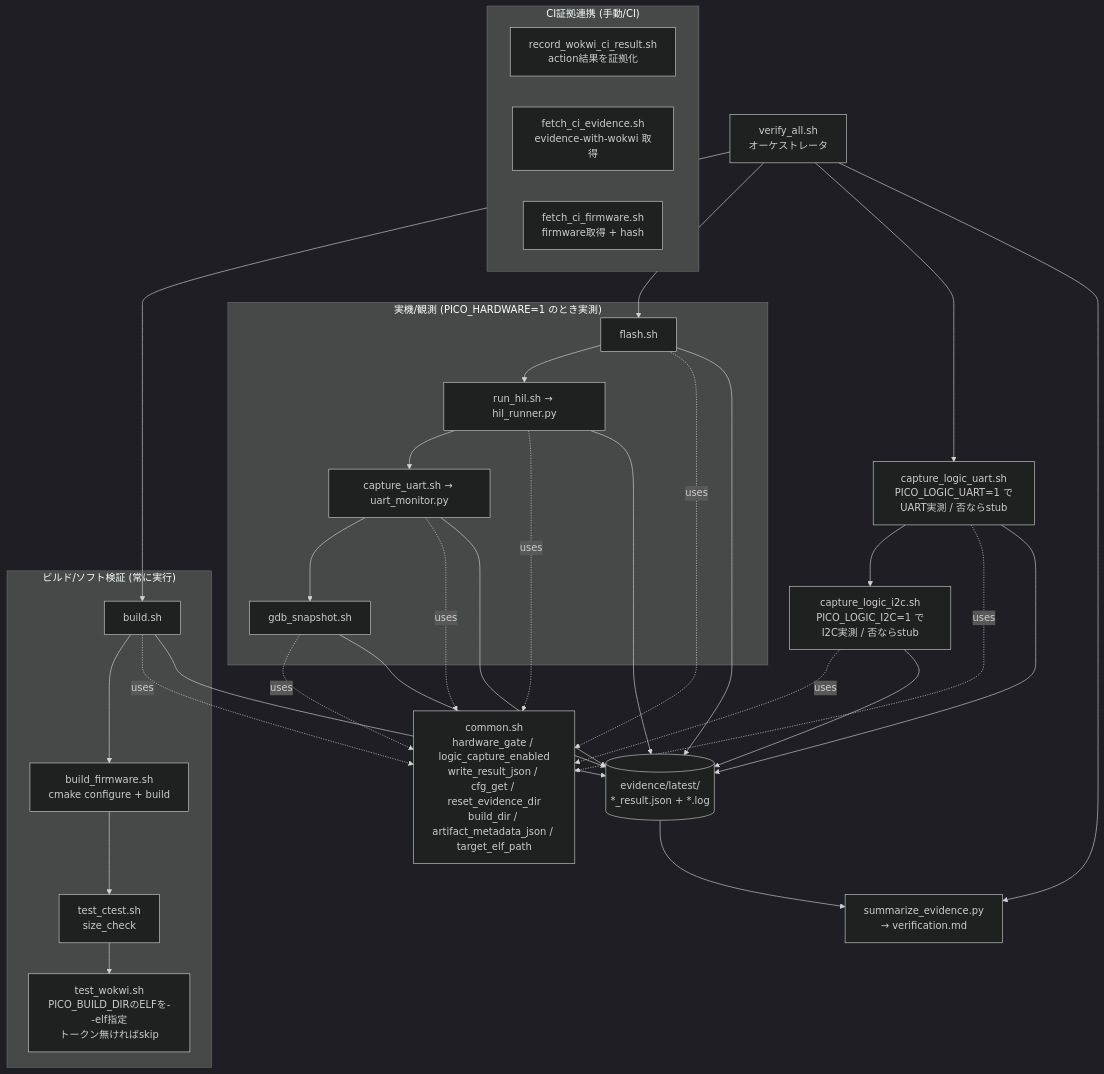
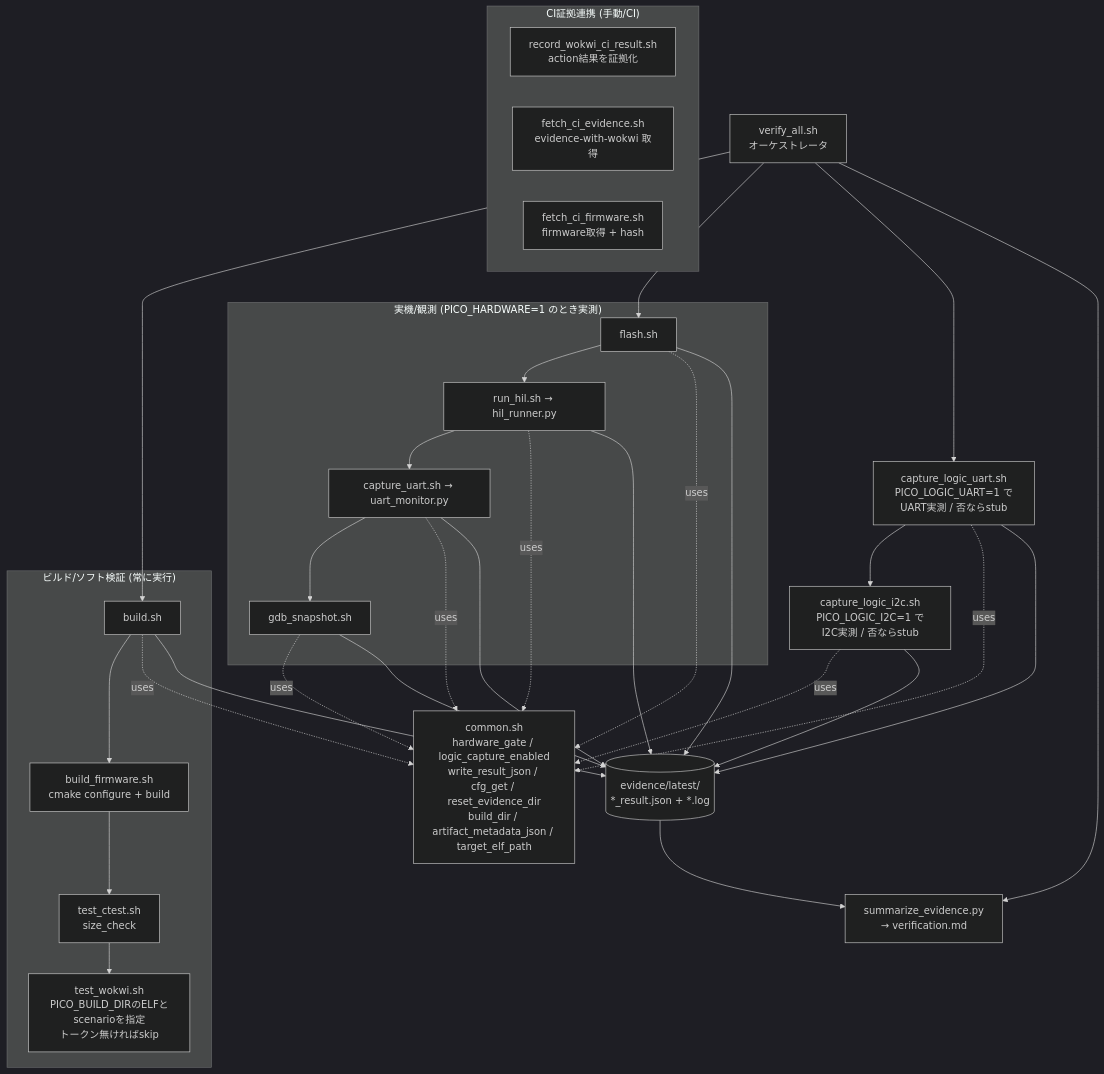
The diagram in docs/architecture/03_components_scripts.md (capybara-works/pico-sdk-blink), drawn with Mermaid (dark theme) before and after one commit. The commit also changed 24 other files, not shown here.

````diff
--- a/docs/architecture/03_components_scripts.md
+++ b/docs/architecture/03_components_scripts.md
@@ -6,54 +6,54 @@
 ```mermaid
 flowchart TB
     va["verify_all.sh<br/>オーケストレータ"]
 
     subgraph soft["ビルド/ソフト検証 (常に実行)"]
         b["build.sh"]
         bf["build_firmware.sh<br/>cmake configure + build"]
         ct["test_ctest.sh<br/>size_check"]
-        tw["test_wokwi.sh<br/>PICO_BUILD_DIRのELFを--elf指定<br/>トークン無ければskip"]
+        tw["test_wokwi.sh<br/>PICO_BUILD_DIRのELFとscenarioを指定<br/>トークン無ければskip"]
     end
 
     subgraph hwp["実機/観測 (PICO_HARDWARE=1 のとき実測)"]
         fl["flash.sh"]
         hl["run_hil.sh → hil_runner.py"]
         ua["capture_uart.sh → uart_monitor.py"]
         gd["gdb_snapshot.sh"]
     end
 
     lgu["capture_logic_uart.sh<br/>PICO_LOGIC_UART=1 でUART実測 / 否ならstub"]
     lgi["capture_logic_i2c.sh<br/>PICO_LOGIC_I2C=1 でI2C実測 / 否ならstub"]
     sm["summarize_evidence.py<br/>→ verification.md"]
     common["common.sh<br/>hardware_gate / logic_capture_enabled<br/>write_result_json / cfg_get / reset_evidence_dir<br/>build_dir / artifact_metadata_json / target_elf_path"]
     ev[("evidence/latest/<br/>*_result.json + *.log")]
 
     va --> b
     b --> bf --> ct --> tw
     va --> fl
     fl --> hl --> ua --> gd
     va --> lgu --> lgi
     va --> sm
 
     b -. uses .-> common
     fl -. uses .-> common
     hl -. uses .-> common
     ua -. uses .-> common
     gd -. uses .-> common
     lgu -. uses .-> common
     lgi -. uses .-> common
 
     b --> ev
     fl --> ev
     hl --> ev
     ua --> ev
     gd --> ev
     lgu --> ev
     lgi --> ev
     ev --> sm
 
     subgraph cii["CI証拠連携 (手動/CI)"]
         rec["record_wokwi_ci_result.sh<br/>action結果を証拠化"]
         fe["fetch_ci_evidence.sh<br/>evidence-with-wokwi 取得"]
         ff["fetch_ci_firmware.sh<br/>firmware取得 + hash"]
     end
 ```
````
